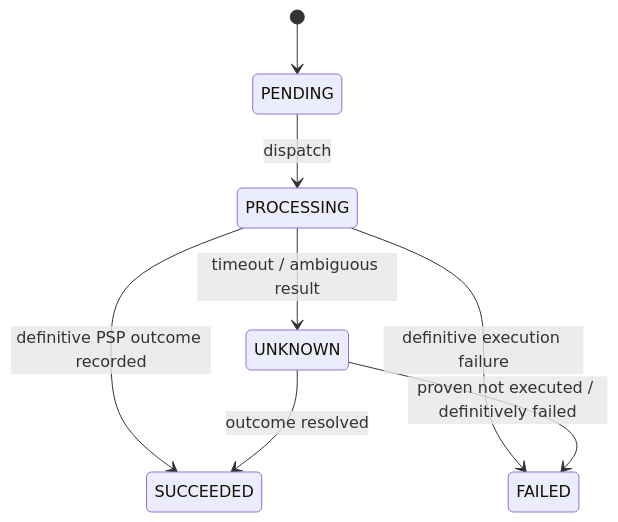
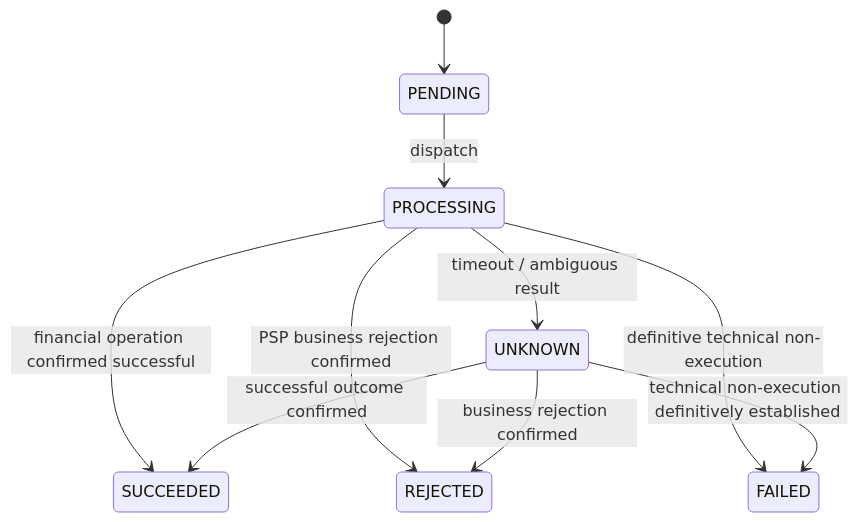
The second of 2 diagrams in docs/domain/payment-state-machines.md (Tartaminos/payment-flow), drawn with Mermaid before and after one commit. The commit also changed other lines of this file, not shown here.

Commit message:
docs(domain): distinguish PSP rejection from successful operation

````diff
--- a/docs/domain/payment-state-machines.md
+++ b/docs/domain/payment-state-machines.md
@@ -93,10 +95,12 @@
 ```mermaid
 stateDiagram-v2
     [*] --> PENDING
     PENDING --> PROCESSING: dispatch
-    PROCESSING --> SUCCEEDED: definitive PSP outcome recorded
-    PROCESSING --> FAILED: definitive execution failure
+    PROCESSING --> SUCCEEDED: financial operation confirmed successful
+    PROCESSING --> REJECTED: PSP business rejection confirmed
+    PROCESSING --> FAILED: definitive technical non-execution
     PROCESSING --> UNKNOWN: timeout / ambiguous result
-    UNKNOWN --> SUCCEEDED: outcome resolved
-    UNKNOWN --> FAILED: proven not executed / definitively failed
+    UNKNOWN --> SUCCEEDED: successful outcome confirmed
+    UNKNOWN --> REJECTED: business rejection confirmed
+    UNKNOWN --> FAILED: technical non-execution definitively established
 ```
````
